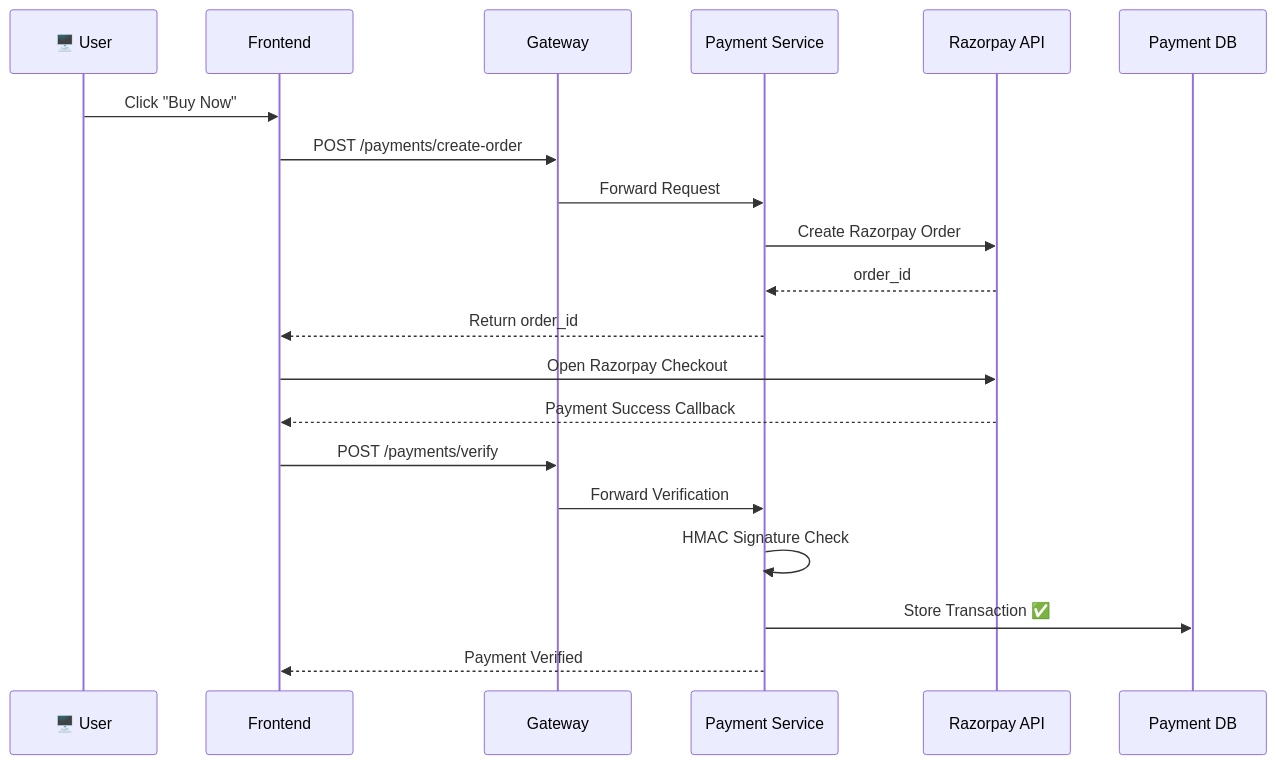
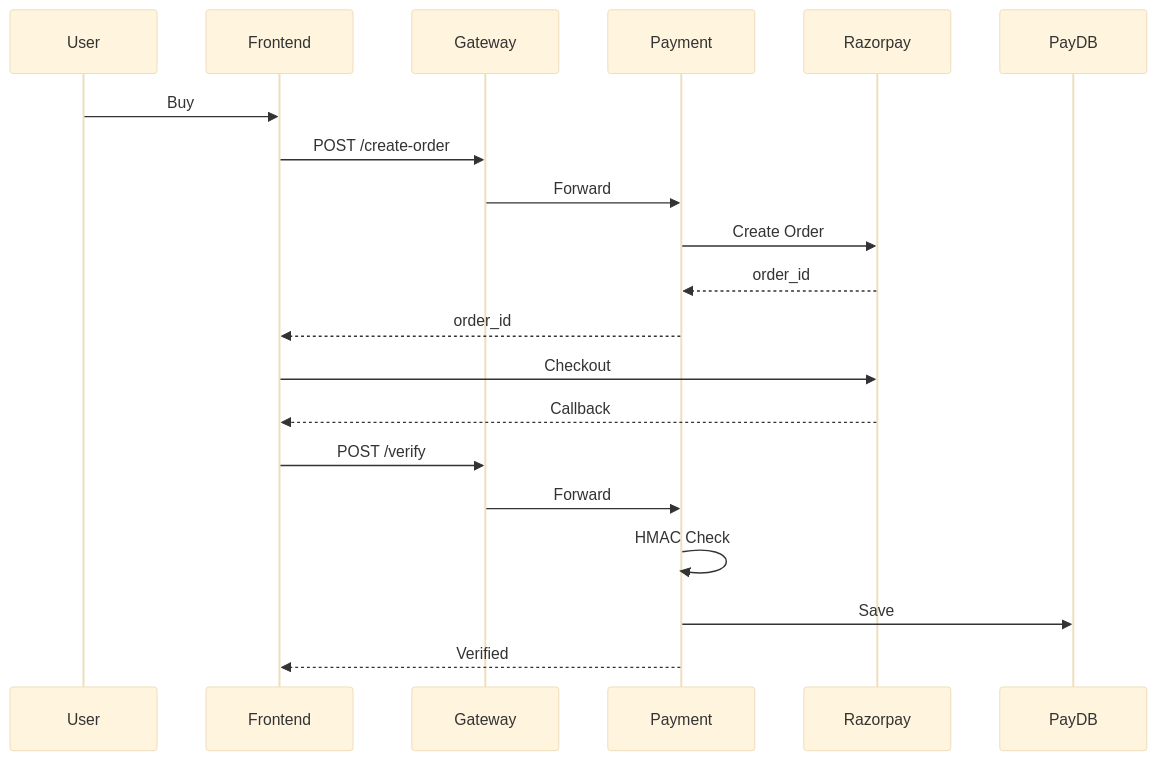
Before and after one commit to Luff-Org/Luff-Boilerplate: the third of 4 diagrams in README.md, drawn with Mermaid. The commit also changed other lines of this file and 4 other files, not shown here.

Commit message:
docs: restore mermaid diagrams with small fontSize (10px) and short labels

````diff
--- a/README.md
+++ b/README.md
@@ -97,23 +88,24 @@
 ```mermaid
+%%{init: {'theme':'base','themeVariables':{'fontSize':'10px'}}}%%
 sequenceDiagram
-  participant U as 🖥️ User
+  participant U as User
   participant F as Frontend
   participant G as Gateway
-  participant P as Payment Service
-  participant R as Razorpay API
-  participant DB as Payment DB
+  participant P as Payment
+  participant R as Razorpay
+  participant DB as PayDB
 
-  U->>F: Click "Buy Now"
-  F->>G: POST /payments/create-order
-  G->>P: Forward Request
-  P->>R: Create Razorpay Order
+  U->>F: Buy
+  F->>G: POST /create-order
+  G->>P: Forward
+  P->>R: Create Order
   R-->>P: order_id
-  P-->>F: Return order_id
-  F->>R: Open Razorpay Checkout
-  R-->>F: Payment Success Callback
-  F->>G: POST /payments/verify
-  G->>P: Forward Verification
-  P->>P: HMAC Signature Check
-  P->>DB: Store Transaction ✅
-  P-->>F: Payment Verified
+  P-->>F: order_id
+  F->>R: Checkout
+  R-->>F: Callback
+  F->>G: POST /verify
+  G->>P: Forward
+  P->>P: HMAC Check
+  P->>DB: Save
+  P-->>F: Verified
 ```
````
